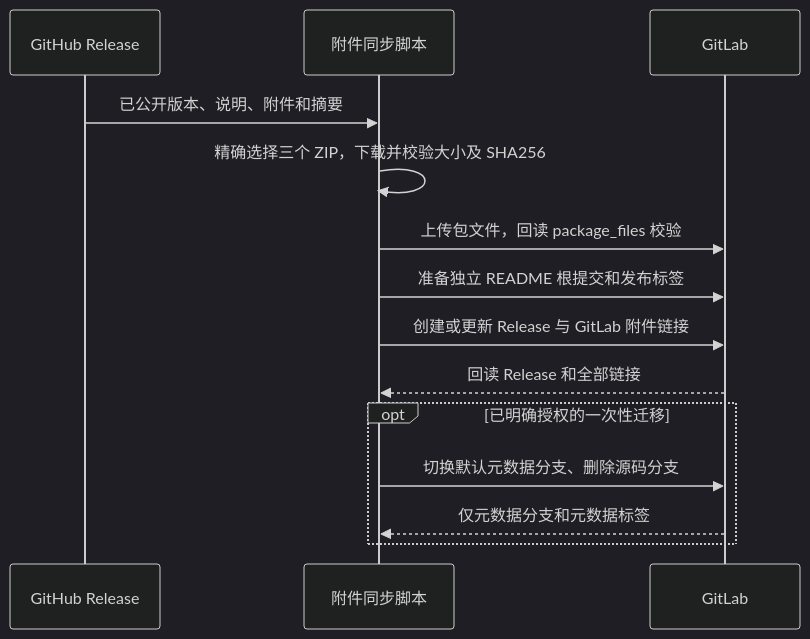
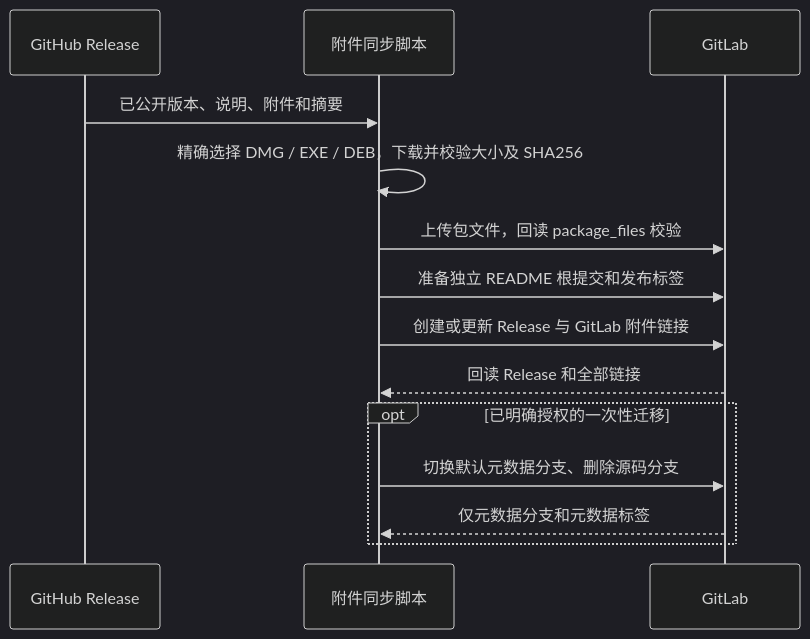
The diagram in specs/gitlab-release-sync.md (Jas0nxlee/UWork_frontend), drawn with Mermaid (dark theme) before and after one commit. The commit also changed other lines of this file and 4 other files, not shown here.

````diff
--- a/specs/gitlab-release-sync.md
+++ b/specs/gitlab-release-sync.md
@@ -26,16 +26,16 @@
 ```mermaid
 sequenceDiagram
   participant GH as GitHub Release
   participant WF as 附件同步脚本
   participant GL as GitLab
   GH->>WF: 已公开版本、说明、附件和摘要
-  WF->>WF: 精确选择三个 ZIP，下载并校验大小及 SHA256
+  WF->>WF: 精确选择 DMG / EXE / DEB，下载并校验大小及 SHA256
   WF->>GL: 上传包文件，回读 package_files 校验
   WF->>GL: 准备独立 README 根提交和发布标签
   WF->>GL: 创建或更新 Release 与 GitLab 附件链接
   GL-->>WF: 回读 Release 和全部链接
   opt 已明确授权的一次性迁移
     WF->>GL: 切换默认元数据分支、删除源码分支
     GL-->>WF: 仅元数据分支和元数据标签
   end
 ```
````
